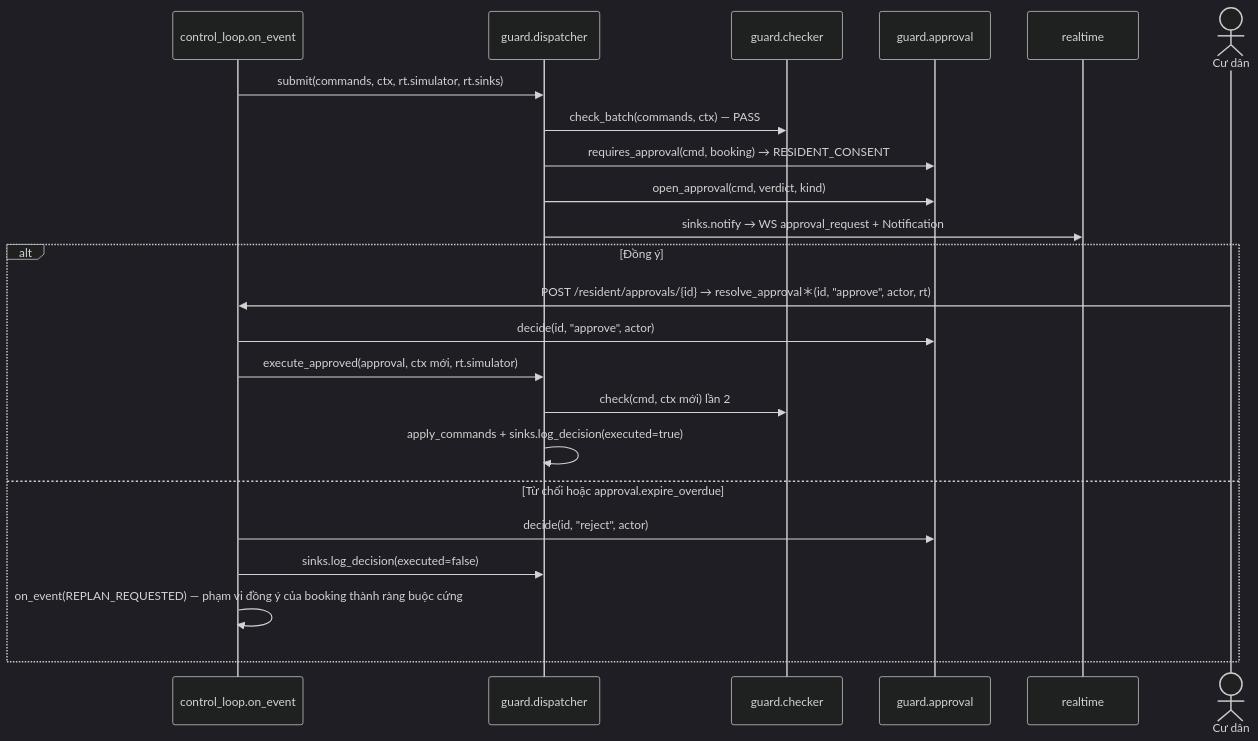
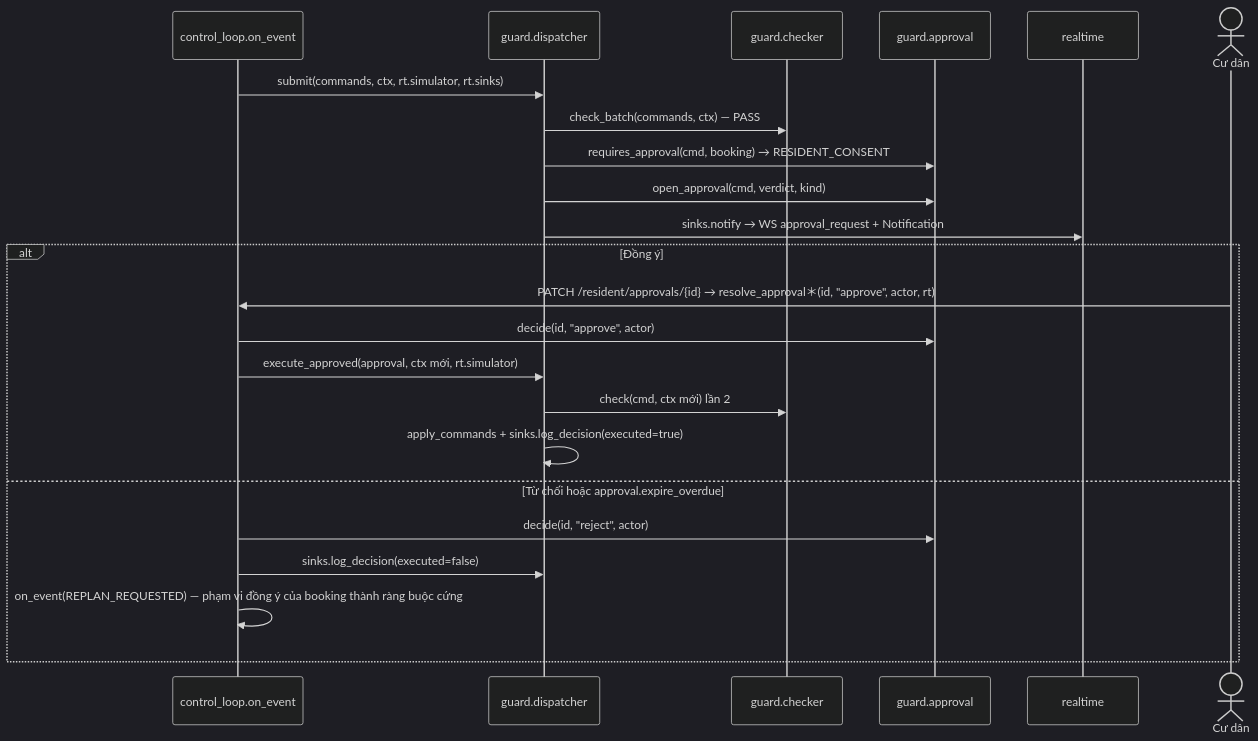
One commit to hieulhaiwork/Temp-ChargePilot-Simulator changed the fourth of 6 diagrams in docs/plan/10-backend.md. Above: the diagram before and after it, drawn with Mermaid (dark theme). The commit also changed other lines of this file and 111 other files, not shown here.

````diff
--- a/docs/plan/10-backend.md
+++ b/docs/plan/10-backend.md
@@ -318,25 +318,25 @@
 ```mermaid
 sequenceDiagram
     participant CL as control_loop.on_event
     participant DP as guard.dispatcher
     participant CK as guard.checker
     participant AP as guard.approval
     participant RT as realtime
     actor R as Cư dân
     CL->>DP: submit(commands, ctx, rt.simulator, rt.sinks)
     DP->>CK: check_batch(commands, ctx) — PASS
     DP->>AP: requires_approval(cmd, booking) → RESIDENT_CONSENT
     DP->>AP: open_approval(cmd, verdict, kind)
     DP->>RT: sinks.notify → WS approval_request + Notification
     alt Đồng ý
-        R->>CL: POST /resident/approvals/{id} → resolve_approval＊(id, "approve", actor, rt)
+        R->>CL: PATCH /resident/approvals/{id} → resolve_approval＊(id, "approve", actor, rt)
         CL->>AP: decide(id, "approve", actor)
         CL->>DP: execute_approved(approval, ctx mới, rt.simulator)
         DP->>CK: check(cmd, ctx mới) lần 2
         DP->>DP: apply_commands + sinks.log_decision(executed=true)
     else Từ chối hoặc approval.expire_overdue
         CL->>AP: decide(id, "reject", actor)
         CL->>DP: sinks.log_decision(executed=false)
         CL->>CL: on_event(REPLAN_REQUESTED) — phạm vi đồng ý của booking thành ràng buộc cứng
     end
 ```
````
